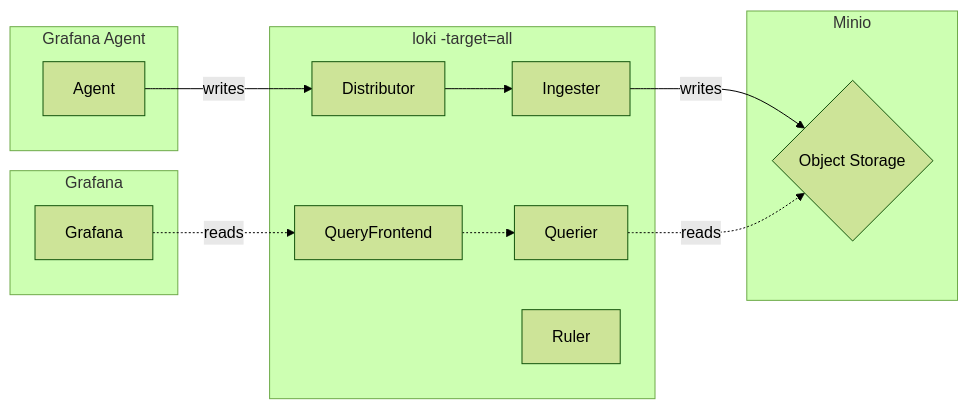
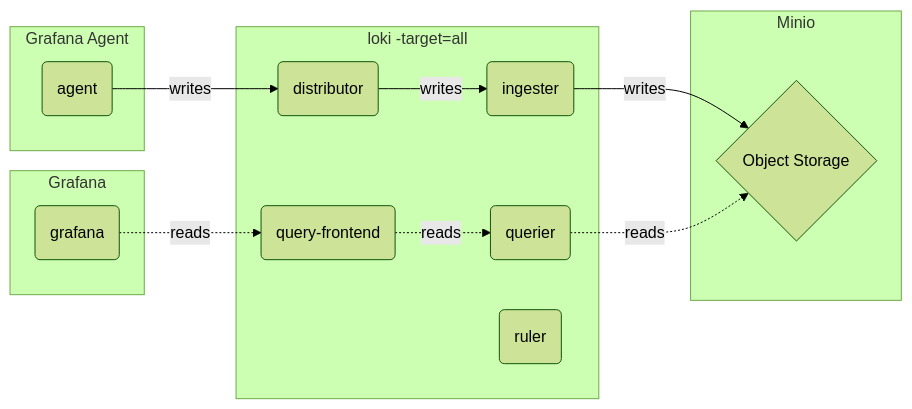
One commit to qclaogui/codelab-monitoring changed the first of 2 diagrams in docker-compose/monolithic-mode/logs/README.md. Above: the diagram before and after it, drawn with Mermaid (forest theme). The commit also changed other lines of this file and 5 other files, not shown here.

Commit message:
Flowchart code clean

````diff
--- a/docker-compose/monolithic-mode/logs/README.md
+++ b/docker-compose/monolithic-mode/logs/README.md
@@ -7,25 +7,23 @@
 ```mermaid
 flowchart LR
-    Agent   --> |writes| Distributor   --> Ingester --> |writes| ObjectStorage
-    Grafana -.->|reads | QueryFrontend -.-> Querier -.->|reads | ObjectStorage
+    A --> |writes| D   -->|writes| I  -->|writes| M
+    G -.->|reads | QF -.->|reads | Q -.->|reads | M
 
     subgraph Minio
-        ObjectStorage{"Object Storage"}
+        M{"Object Storage"}
     end
-
-    subgraph GrafanaAgent["Grafana Agent"]
-        Agent
+    subgraph Agent["Grafana Agent"]
+        A("agent")
     end
-
-    subgraph GFGraph["Grafana"]
-        Grafana
+    subgraph Grafana
+        G("grafana")
     end
 
     subgraph Loki["loki -target=all"]
-        Ingester
-        Distributor
-        Ruler
-        Querier
-        QueryFrontend
+        I("ingester")
+        D("distributor")
+        R("ruler")
+        Q("querier")
+        QF("query-frontend")
     end
 ```
````
